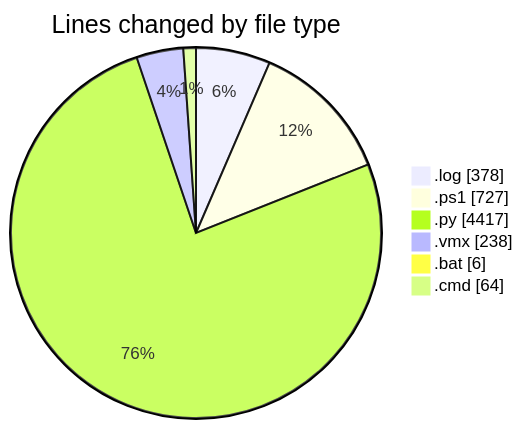
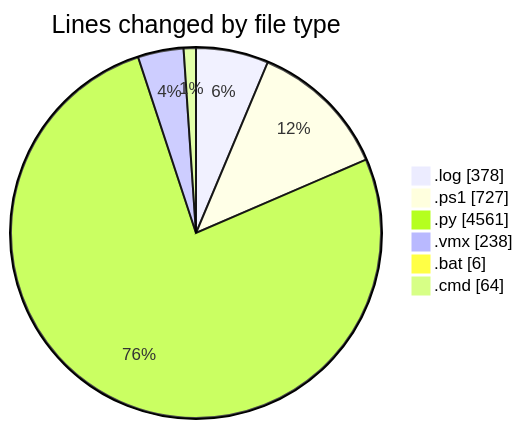
Before and after one commit to shibass792/code-tracking: the first of 2 diagrams in 2026-07-08/twenty_versions_aminor/README.md, drawn with Mermaid. The commit also changed other lines of this file and 1 other file, not shown here.

````diff
--- a/2026-07-08/twenty_versions_aminor/README.md
+++ b/2026-07-08/twenty_versions_aminor/README.md
@@ -54,10 +57,10 @@
 ```mermaid
 pie showData
 title Lines changed by file type
 ".log" : 378
 ".ps1" : 727
-".py" : 4417
+".py" : 4561
 ".vmx" : 238
 ".bat" : 6
 ".cmd" : 64
 ```
````
